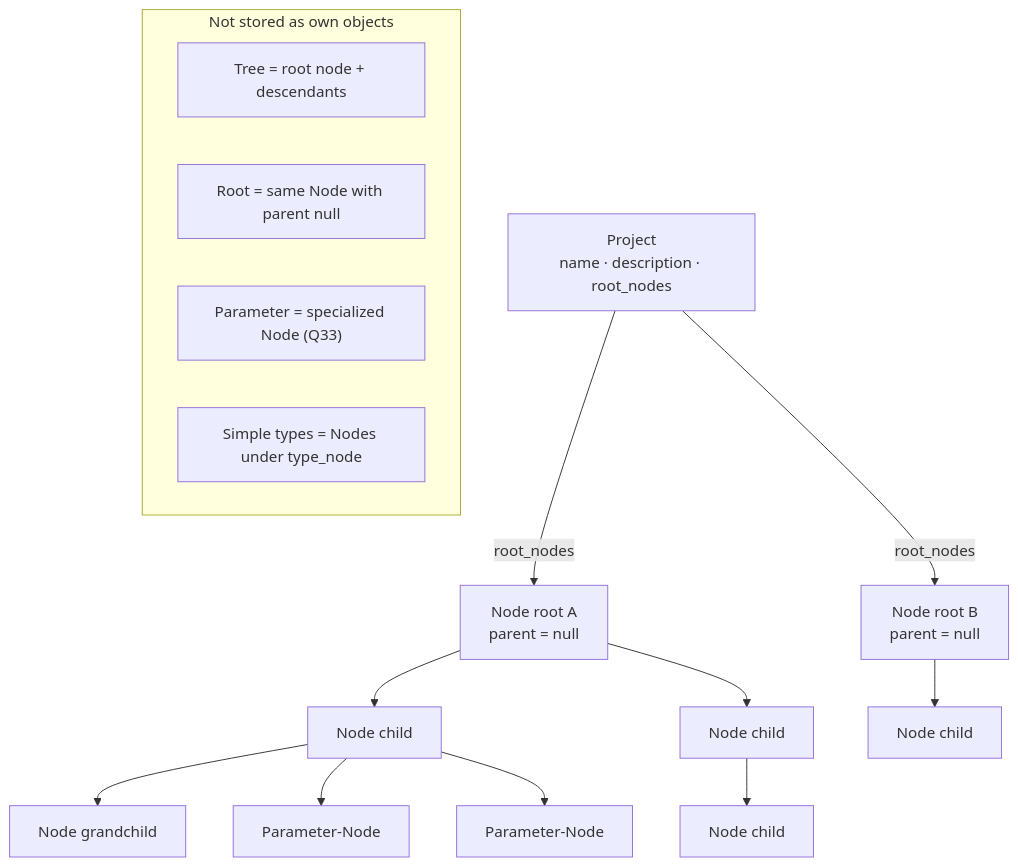
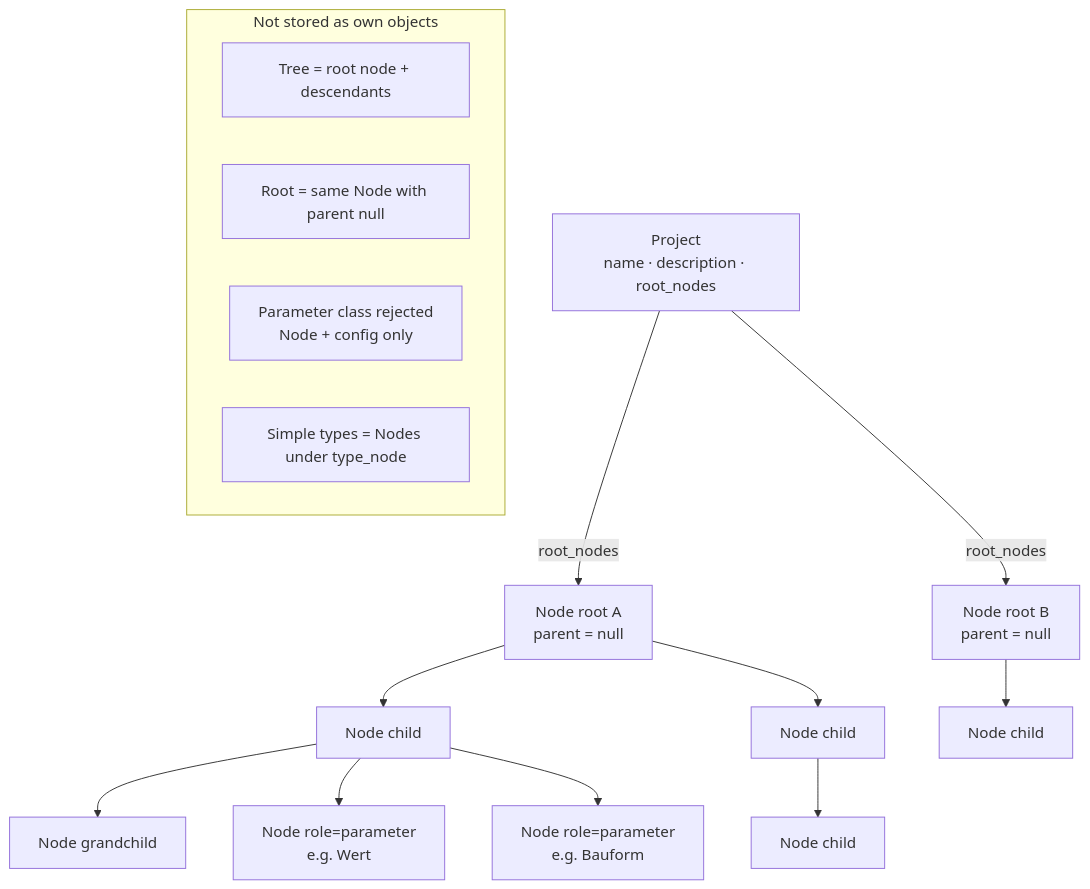
The second of 7 diagrams in docs/plans/data-structure.md (sfambach/wp-taxonomy-modeler), drawn with Mermaid before and after one commit. The commit also changed other lines of this file and 6 other files, not shown here.

First line of the commit message:
docs: remove Parameter class from diagram (Node + config only)

````diff
--- a/docs/plans/data-structure.md
+++ b/docs/plans/data-structure.md
@@ -240,23 +236,23 @@
 ```mermaid
 flowchart TB
   PR["Project<br/>name · description · root_nodes"]
 
   PR -->|root_nodes| R1["Node root A<br/>parent = null"]
   PR -->|root_nodes| R2["Node root B<br/>parent = null"]
 
   R1 --> C1["Node child"]
   R1 --> C2["Node child"]
   C1 --> G1["Node grandchild"]
   R2 --> C3["Node child"]
 
-  C1 --> P1["Parameter-Node"]
-  C1 --> P2["Parameter-Node"]
+  C1 --> P1["Node role=parameter<br/>e.g. Wert"]
+  C1 --> P2["Node role=parameter<br/>e.g. Bauform"]
   C2 --> P3["Node child"]
 
   subgraph note["Not stored as own objects"]
     T["Tree = root node + descendants"]
     RN["Root = same Node with parent null"]
-    PN["Parameter = specialized Node (Q33)"]
+    PN["Parameter class rejected<br/>Node + config only"]
     ST["Simple types = Nodes under type_node"]
   end
 ```
````
